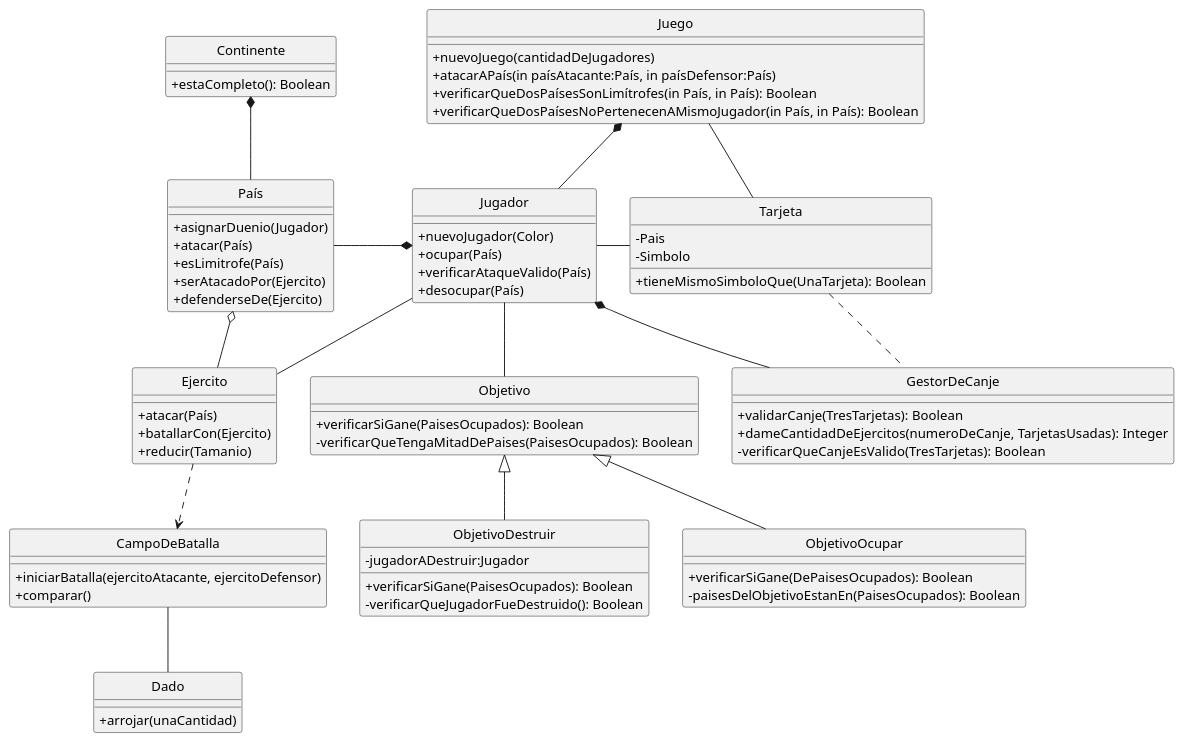
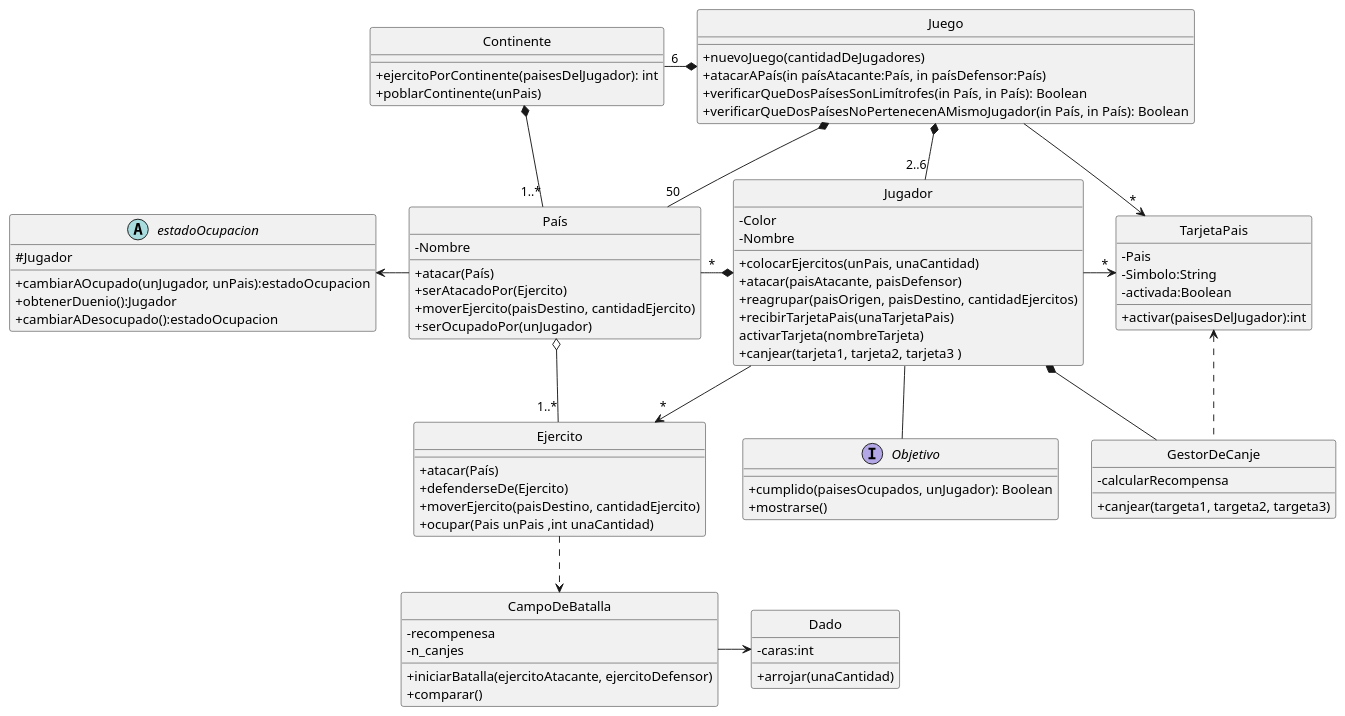
The diagram in diagramas/clasesV2.puml (valengutierrez/algo3_tp2), drawn with PlantUML before and after one commit. The commit also changed 13 other files, not shown here.

Commit message:
Agrego diagramas UML

```diff
--- a/diagramas/clasesV2.puml
+++ b/diagramas/clasesV2.puml
@@ -1,87 +1,119 @@
 @startuml Diagrama de clases
 skinparam classAttributeIconSize 0
-skinparam style strictuml
 hide class circle
-hide abstract circle
+
 
 
 Class Juego{
   +nuevoJuego(cantidadDeJugadores)
   +atacarAPaís(in paísAtacante:País, in paísDefensor:País)
   +verificarQueDosPaísesSonLimítrofes(in País, in País): Boolean
   +verificarQueDosPaísesNoPertenecenAMismoJugador(in País, in País): Boolean
 }
-' Class Tablero{
 
-' }
-Class Tarjeta{
+Class TarjetaPais{
     -Pais
-    -Simbolo
-    ' +tieneMismoSimboloQue(DosTarjetas): Boolean
-    +tieneMismoSimboloQue(UnaTarjeta): Boolean
+    -Simbolo:String
+    -activada:Boolean
+    +activar(paisesDelJugador):int
 }
+
 Class Continente{
-    +estaCompleto(): Boolean
+    +ejercitoPorContinente(paisesDelJugador): int
+    +poblarContinente(unPais)
 }
+
 Class Dado{
+    -caras:int
     +arrojar(unaCantidad)
 }
 Class Jugador{
-    +nuevoJugador(Color)
-    +ocupar(País)
-    +verificarAtaqueValido(País)
-    +desocupar(País)
+    -Color
+    -Nombre
+    +colocarEjercitos(unPais, unaCantidad)
+    +atacar(paisAtacante, paisDefensor)
+    +reagrupar(paisOrigen, paisDestino, cantidadEjercitos)
+    +recibirTarjetaPais(unaTarjetaPais)
+    activarTarjeta(nombreTarjeta)
+    +canjear(tarjeta1, tarjeta2, tarjeta3 )
 }
 Class País{
-    +asignarDuenio(Jugador)
+    -Nombre
     +atacar(País)
-    +esLimitrofe(País)
     +serAtacadoPor(Ejercito)
-    +defenderseDe(Ejercito)
+    +moverEjercito(paisDestino, cantidadEjercito)
+    +serOcupadoPor(unJugador)
 }
+
+abstract estadoOcupacion{
+	#Jugador
+	+cambiarAOcupado(unJugador, unPais):estadoOcupacion
+	+obtenerDuenio():Jugador
+	+cambiarADesocupado():estadoOcupacion
+}
+
 Class Ejercito{
     +atacar(País)
-    +batallarCon(Ejercito)
-    +reducir(Tamanio)
+    +defenderseDe(Ejercito)
+    +moverEjercito(paisDestino, cantidadEjercito)
+    +ocupar(Pais unPais ,int unaCantidad)
 }
-Class Objetivo{
-    +verificarSiGane(PaisesOcupados): Boolean
-    -verificarQueTengaMitadDePaises(PaisesOcupados): Boolean
+
+interface Objetivo{
+    +cumplido(paisesOcupados, unJugador): Boolean
+    +mostrarse()
 }
+
+/'
+Class ObjetivoComun{
+    -unaCantidad:int
+    +cumplido(paisesOcupados, unJugador): Boolean
+    +mostrarse()
+}
+
 Class ObjetivoOcupar{
-    +verificarSiGane(DePaisesOcupados): Boolean
-    -paisesDelObjetivoEstanEn(PaisesOcupados): Boolean
+    -continentes
+    +cumplido(paisesOcupados, unJugador): Boolean
+    +mostrarse()
 }
+
 Class ObjetivoDestruir{
     -jugadorADestruir:Jugador
-    +verificarSiGane(PaisesOcupados): Boolean
-    -verificarQueJugadorFueDestruido(): Boolean
+    -jugadorAlternativa:Jugador
+    +cumplido(paisesOcupados, unJugador): Boolean
+    +mostrarse()
 }
+'/
+
 Class GestorDeCanje{
-    +validarCanje(TresTarjetas): Boolean
-    +dameCantidadDeEjercitos(numeroDeCanje, TarjetasUsadas): Integer
-    -verificarQueCanjeEsValido(TresTarjetas): Boolean
+    +canjear(targeta1, targeta2, targeta3)
+    -calcularRecompensa
 }
 Class CampoDeBatalla{
+    -recompenesa
+    -n_canjes
     +iniciarBatalla(ejercitoAtacante, ejercitoDefensor)
     +comparar()
 }
 
-
-Juego *-down- Jugador
-Juego -- Tarjeta
-Continente *-down- País
-País o-up- Ejercito
-Jugador *-left- País
-CampoDeBatalla -Down- Dado
-Jugador -- Ejercito
+Juego *-left- "6" Continente
+Juego *-- "50" País
+Juego *-down- "2..6" Jugador
+Juego --> "*" TarjetaPais
+Continente *-down- "1..*" País
+País o-up- "1..*" Ejercito
+País -left-> estadoOcupacion
+Jugador *-left- "*" País
+CampoDeBatalla -right-> Dado
+Jugador --> "*" Ejercito
 Jugador -down- Objetivo
-Jugador -right- Tarjeta
+Jugador -right-> "*" TarjetaPais
 Jugador *-down- GestorDeCanje
-Tarjeta .down. GestorDeCanje 
-Objetivo <|-down- ObjetivoOcupar
-Objetivo <|-down- ObjetivoDestruir
+TarjetaPais <.down. GestorDeCanje
+'Objetivo <|.down. ObjetivoOcupar
+'Objetivo <|.down. ObjetivoDestruir
+'Objetivo <|.down. ObjetivoComun
 Ejercito ..> CampoDeBatalla
 
 
 @enduml
```
